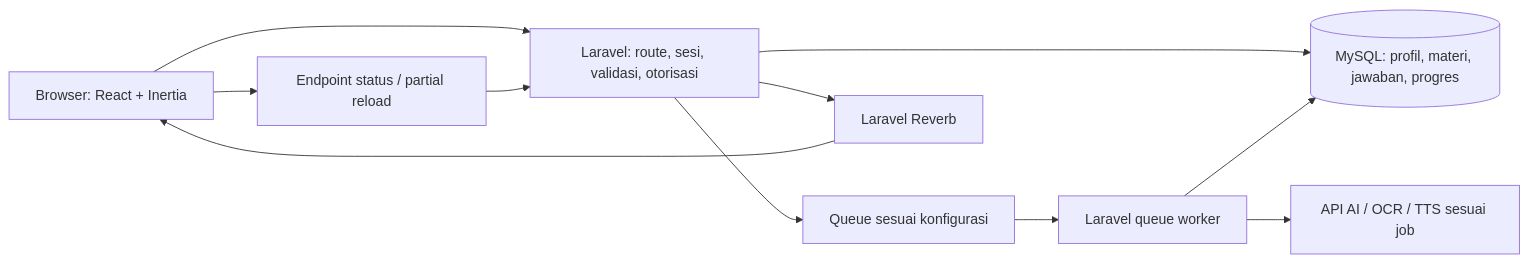
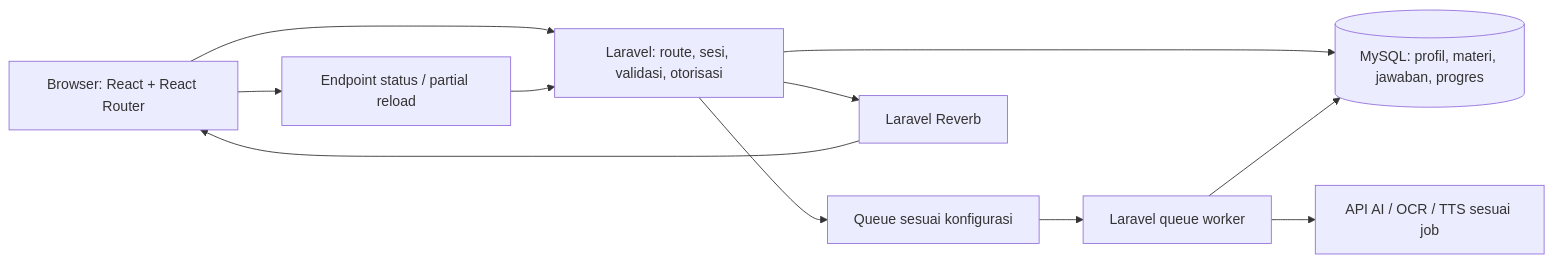
Before and after one commit to gungsatriaa/ARTASWAHA: the diagram in README.md, drawn with Mermaid. The commit also changed other lines of this file and 107 other files, not shown here.

Commit message:
feat(navigasi): migrasikan seluruh antarmuka ke React Router

````diff
--- a/README.md
+++ b/README.md
@@ -164,13 +164,13 @@
 ```mermaid
 flowchart LR
-    Browser[Browser: React + Inertia] --> Laravel[Laravel: route, sesi, validasi, otorisasi]
+    Browser[Browser: React + React Router] --> Laravel[Laravel: route, sesi, validasi, otorisasi]
     Laravel --> DB[(MySQL: profil, materi, jawaban, progres)]
     Laravel --> Queue[Queue sesuai konfigurasi]
     Queue --> Worker[Laravel queue worker]
     Worker --> AI[API AI / OCR / TTS sesuai job]
     Worker --> DB
     Laravel --> Reverb[Laravel Reverb]
     Reverb --> Browser
     Browser --> Status[Endpoint status / partial reload]
     Status --> Laravel
 ```
````
